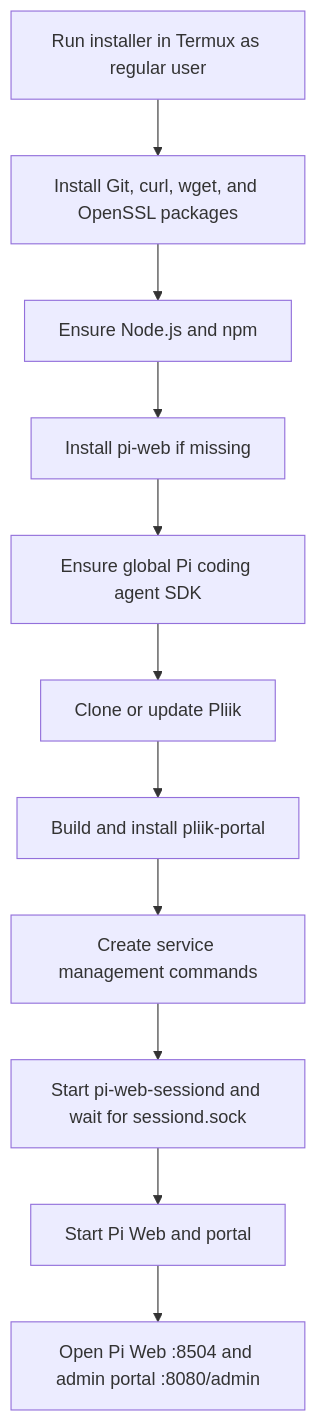
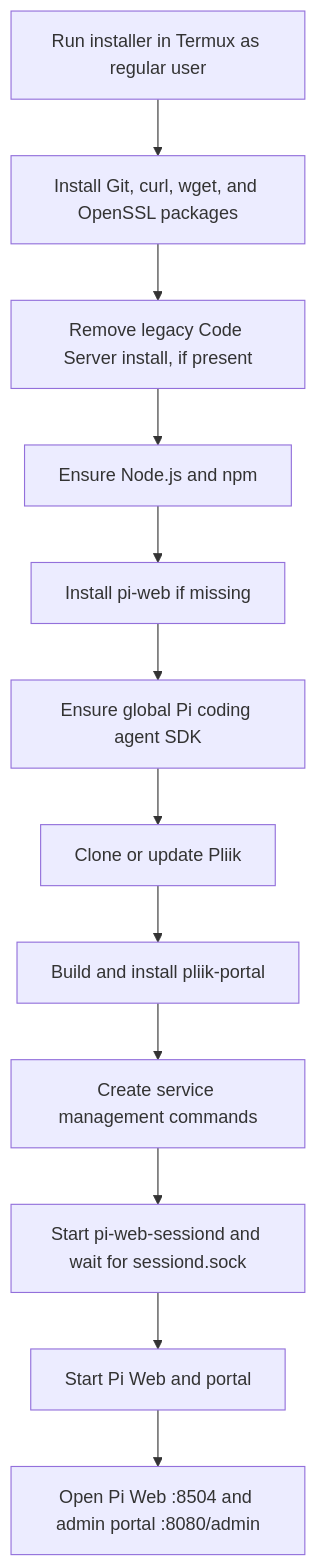
Before and after one commit to mutualendemic/pliik: the second of 2 diagrams in ARCHITECTURE.md, drawn with Mermaid. The commit also changed other lines of this file and 3 other files, not shown here.

````diff
--- a/ARCHITECTURE.md
+++ b/ARCHITECTURE.md
@@ -48,16 +48,17 @@
 ```mermaid
 flowchart TD
     Start[Run installer in Termux as regular user]
     Base[Install Git, curl, wget, and OpenSSL packages]
     Runtime[Ensure Node.js and npm]
     PiWeb[Install pi-web if missing]
     SDK[Ensure global Pi coding agent SDK]
     Checkout[Clone or update Pliik]
+    LegacyCleanup[Remove legacy Code Server install, if present]
     BuildPortal[Build and install pliik-portal]
     Commands[Create service management commands]
     Sessiond[Start pi-web-sessiond and wait for sessiond.sock]
     Server[Start Pi Web and portal]
     Ready[Open Pi Web :8504 and admin portal :8080/admin]
 
-    Start --> Base --> Runtime --> PiWeb --> SDK --> Checkout --> BuildPortal --> Commands --> Sessiond --> Server --> Ready
+    Start --> Base --> LegacyCleanup --> Runtime --> PiWeb --> SDK --> Checkout --> BuildPortal --> Commands --> Sessiond --> Server --> Ready
 ```
````
